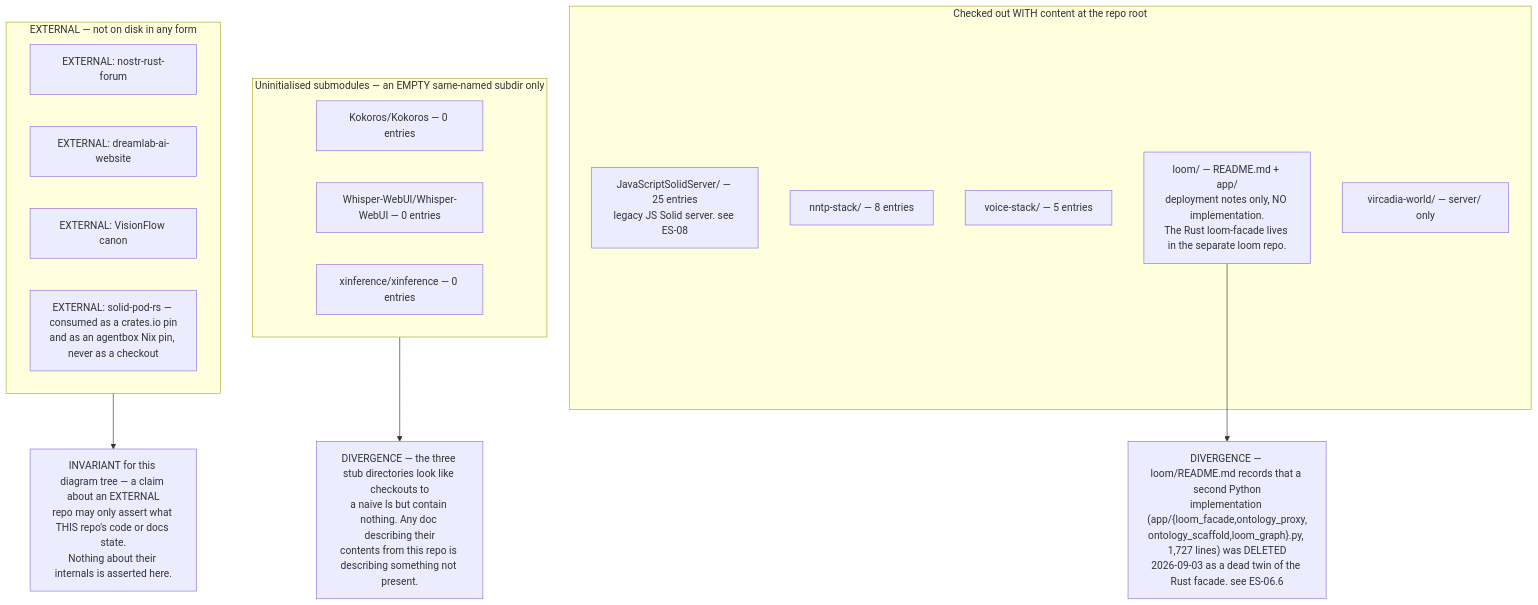
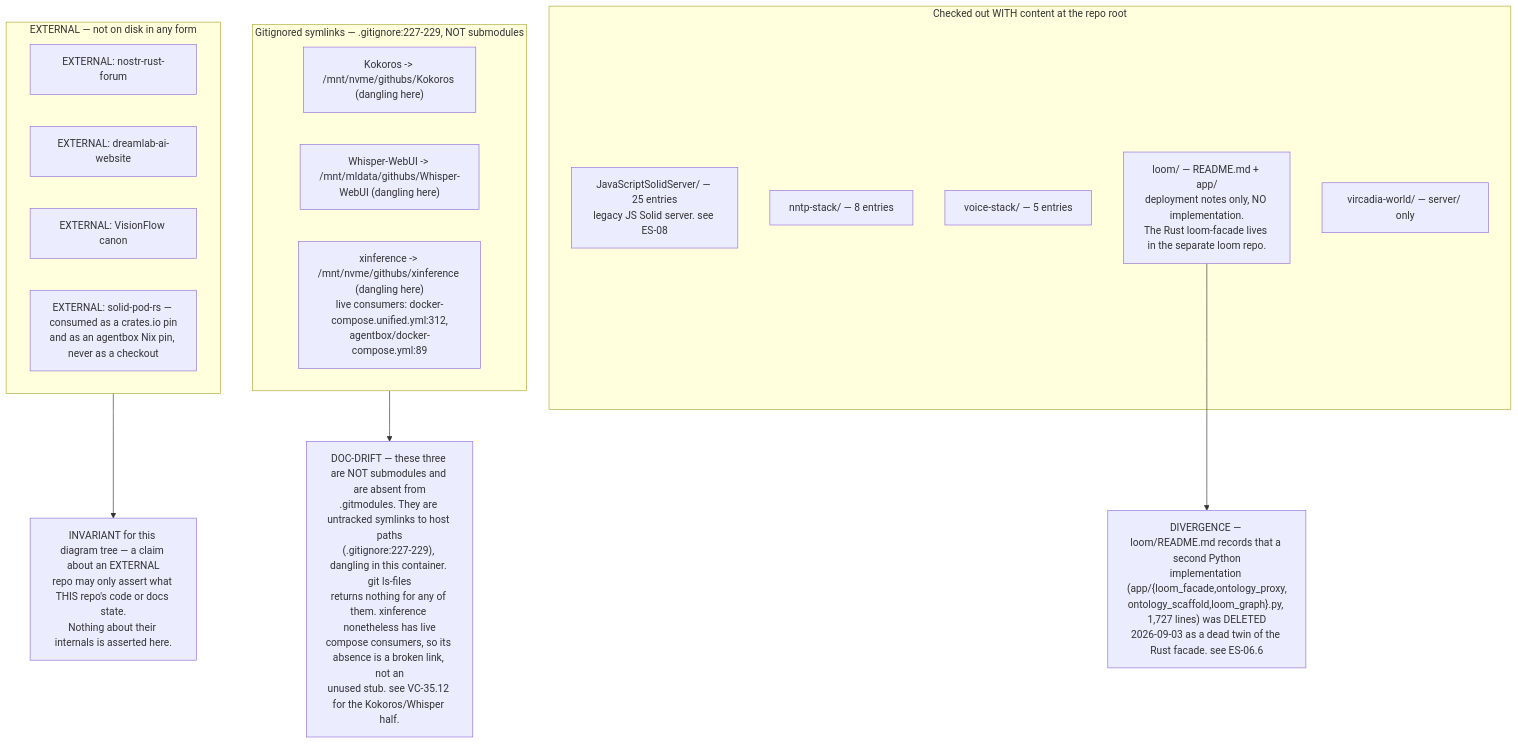
One commit to DreamLab-AI/AR-AI-Knowledge-Graph changed the sixth of 6 diagrams in docs/diagrams/estate/01-estate-topology.md. Above: the diagram before and after it, drawn with Mermaid. The commit also changed 36 other files, not shown here.

````diff
--- a/docs/diagrams/estate/01-estate-topology.md
+++ b/docs/diagrams/estate/01-estate-topology.md
@@ -219,29 +219,29 @@
 ```mermaid
 flowchart TB
     subgraph real["Checked out WITH content at the repo root"]
         R1["JavaScriptSolidServer/ — 25 entries<br/>legacy JS Solid server. see ES-08"]
         R2["nntp-stack/ — 8 entries"]
         R3["voice-stack/ — 5 entries"]
         R4["loom/ — README.md + app/<br/>deployment notes only, NO implementation.<br/>The Rust loom-facade lives in the separate loom repo."]
         R5["vircadia-world/ — server/ only"]
     end
-    subgraph stub["Uninitialised submodules — an EMPTY same-named subdir only"]
-        S1["Kokoros/Kokoros — 0 entries"]
-        S2["Whisper-WebUI/Whisper-WebUI — 0 entries"]
-        S3["xinference/xinference — 0 entries"]
+    subgraph stub["Gitignored symlinks — .gitignore:227-229, NOT submodules"]
+        S1["Kokoros -> /mnt/nvme/githubs/Kokoros (dangling here)"]
+        S2["Whisper-WebUI -> /mnt/mldata/githubs/Whisper-WebUI (dangling here)"]
+        S3["xinference -> /mnt/nvme/githubs/xinference (dangling here)<br/>live consumers: docker-compose.unified.yml:312,<br/>agentbox/docker-compose.yml:89"]
     end
     subgraph ext["EXTERNAL — not on disk in any form"]
         E1["EXTERNAL: nostr-rust-forum"]
         E2["EXTERNAL: dreamlab-ai-website"]
         E3["EXTERNAL: VisionFlow canon"]
         E4["EXTERNAL: solid-pod-rs — consumed as a crates.io pin<br/>and as an agentbox Nix pin, never as a checkout"]
     end
 
     WARN["INVARIANT for this diagram tree — a claim about an EXTERNAL<br/>repo may only assert what THIS repo's code or docs state.<br/>Nothing about their internals is asserted here."]
-    D1["DIVERGENCE — the three stub directories look like checkouts to<br/>a naive ls but contain nothing. Any doc describing their<br/>contents from this repo is describing something not present."]
+    D1["DOC-DRIFT — these three are NOT submodules and are absent from<br/>.gitmodules. They are untracked symlinks to host paths<br/>(.gitignore:227-229), dangling in this container. git ls-files<br/>returns nothing for any of them. xinference nonetheless has live<br/>compose consumers, so its absence is a broken link, not an<br/>unused stub. see VC-35.12 for the Kokoros/Whisper half."]
     D2["DIVERGENCE — loom/README.md records that a second Python<br/>implementation (app/{loom_facade,ontology_proxy,<br/>ontology_scaffold,loom_graph}.py, 1,727 lines) was DELETED<br/>2026-09-03 as a dead twin of the Rust facade. see ES-06.6"]
 
     stub --> D1
     R4 --> D2
     ext --> WARN
 ```
````
